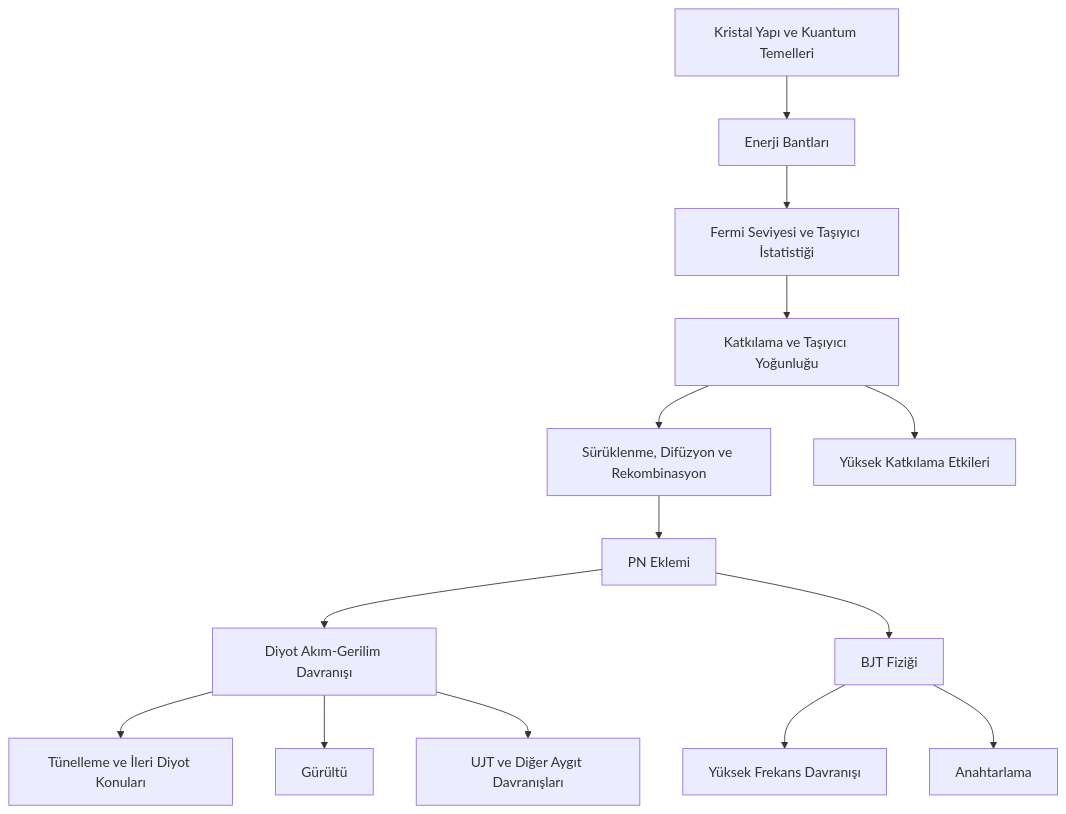
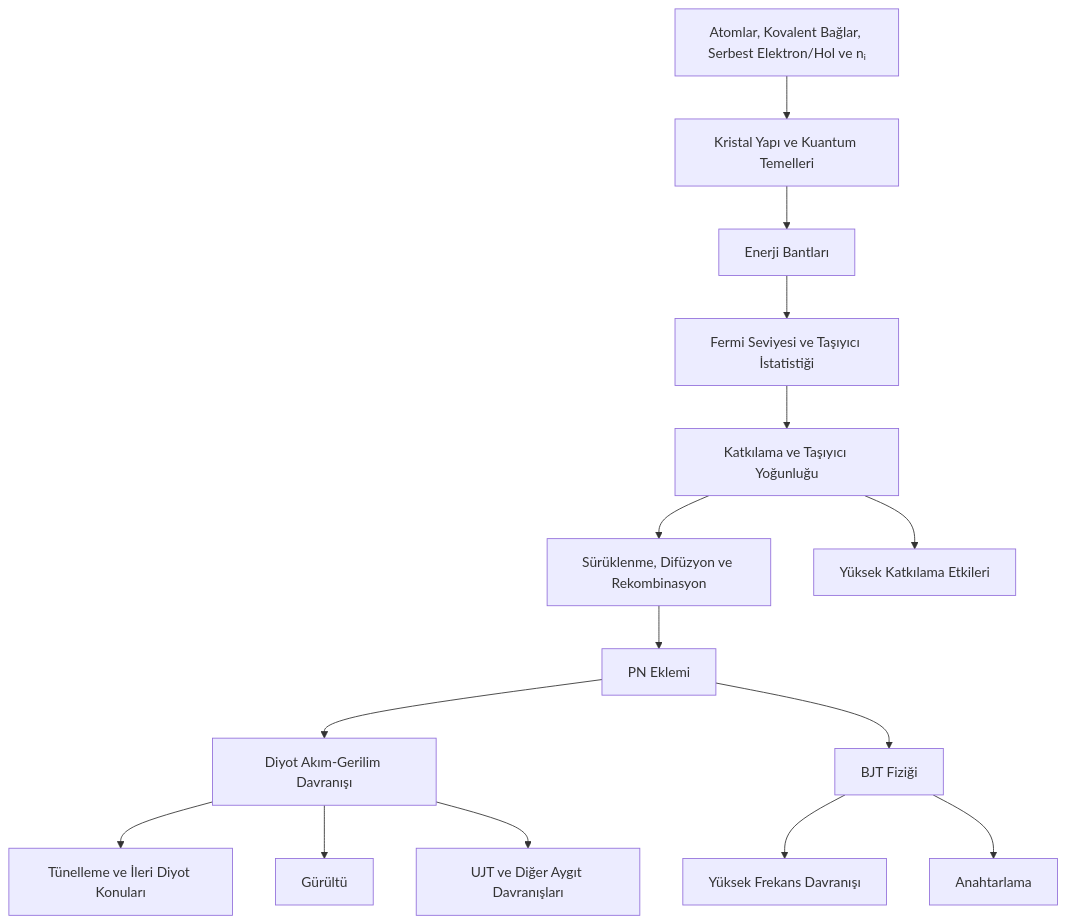
One commit to aliorhun/yariiletkenfizigi changed the diagram in README.md. Above: the diagram before and after it, drawn with Mermaid. The commit also changed other lines of this file, not shown here.

````diff
--- a/README.md
+++ b/README.md
@@ -20,16 +20,17 @@
 ```mermaid
 flowchart TD
-    A["Kristal Yapı ve Kuantum Temelleri"] --> B["Enerji Bantları"]
+    Z["Atomlar, Kovalent Bağlar, Serbest Elektron/Hol ve nᵢ"] --> A["Kristal Yapı ve Kuantum Temelleri"]
+    A --> B["Enerji Bantları"]
     B --> C["Fermi Seviyesi ve Taşıyıcı İstatistiği"]
     C --> D["Katkılama ve Taşıyıcı Yoğunluğu"]
     D --> E["Sürüklenme, Difüzyon ve Rekombinasyon"]
     E --> F["PN Eklemi"]
     F --> G["Diyot Akım-Gerilim Davranışı"]
     G --> H["Tünelleme ve İleri Diyot Konuları"]
     D --> I["Yüksek Katkılama Etkileri"]
     G --> J["Gürültü"]
     F --> K["BJT Fiziği"]
     K --> L["Yüksek Frekans Davranışı"]
     K --> M["Anahtarlama"]
     G --> N["UJT ve Diğer Aygıt Davranışları"]
 ```
````
